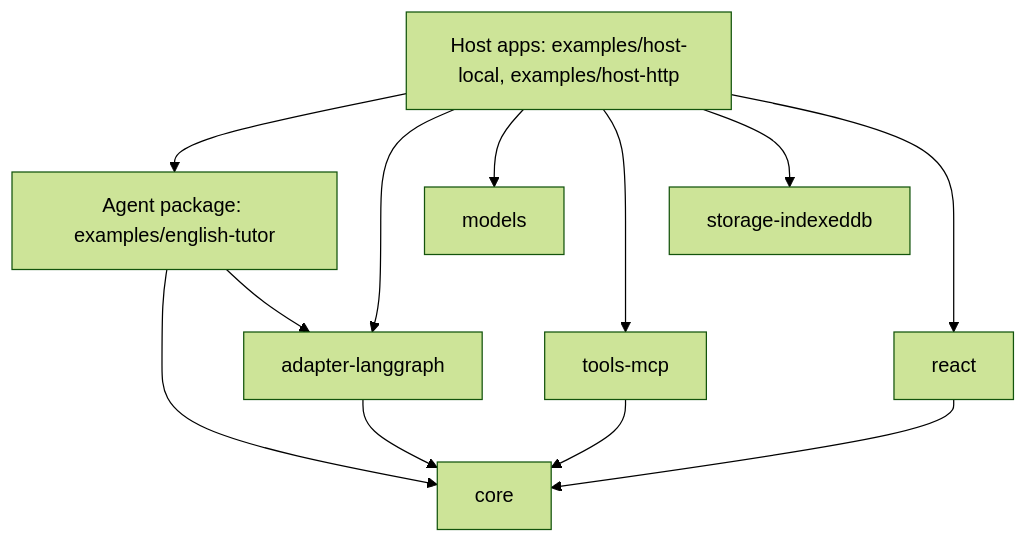
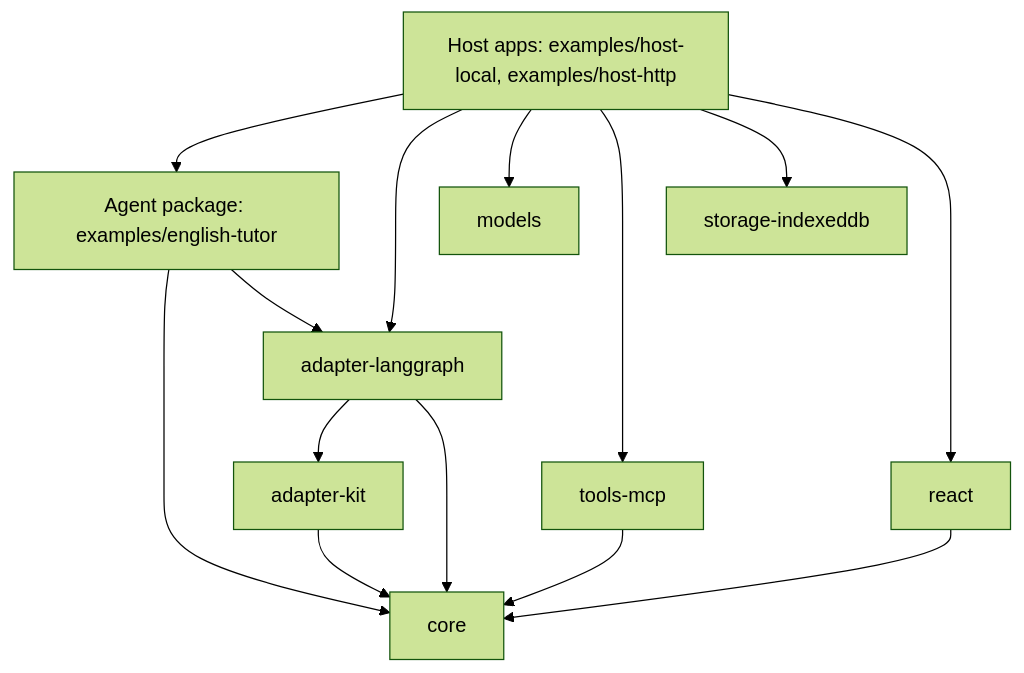
One commit to vinhnxv/galaxie changed the second of 8 diagrams in docs/system-design.md. Above: the diagram before and after it, drawn with Mermaid (forest theme). The commit also changed other lines of this file and 63 other files, not shown here.

First line of the commit message:
feat(adapter-kit): extract shared adapter helpers into @galaxie/adapter-kit

````diff
--- a/docs/system-design.md
+++ b/docs/system-design.md
@@ -92,9 +92,10 @@
 ```mermaid
 flowchart TD
     Host["Host apps: examples/host-local, examples/host-http"]
     Tutor["Agent package: examples/english-tutor"]
     Host --> Tutor
     Host --> Adapter["adapter-langgraph"] & Models["models"] & Mcp["tools-mcp"] & Storage["storage-indexeddb"] & ReactPkg["react"]
     Tutor --> Core["core"] & Adapter
-    Adapter & Mcp & ReactPkg --> Core
+    Adapter --> Kit["adapter-kit"]
+    Adapter & Kit & Mcp & ReactPkg --> Core
 ```
````
